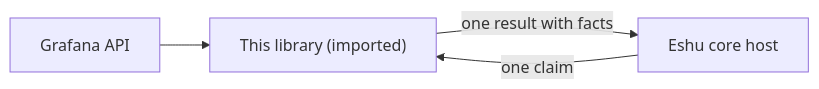
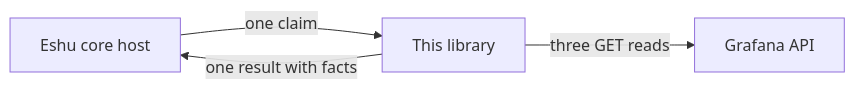
Before and after one commit to eshu-hq/eshu-collector-grafana: the diagram in README.md, drawn with Mermaid. The commit also changed other lines of this file and 11 other files, not shown here.

````diff
--- a/README.md
+++ b/README.md
@@ -19,6 +7,6 @@
 ```mermaid
 flowchart LR
-    G["Grafana API"] --> L["This library (imported)"]
-    H["Eshu core host"] -->|"one claim"| L
+    H["Eshu core host"] -->|"one claim"| L["This library"]
+    L -->|"three GET reads"| G["Grafana API"]
     L -->|"one result with facts"| H
 ```
````
